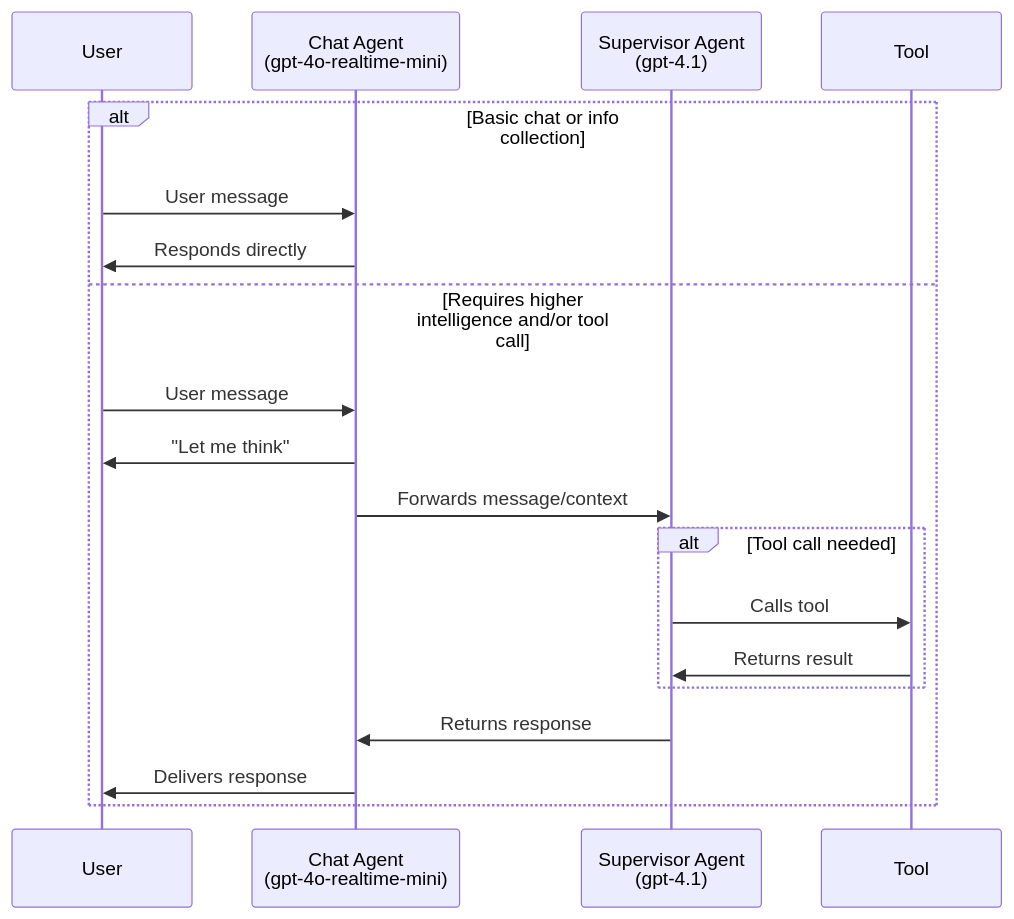
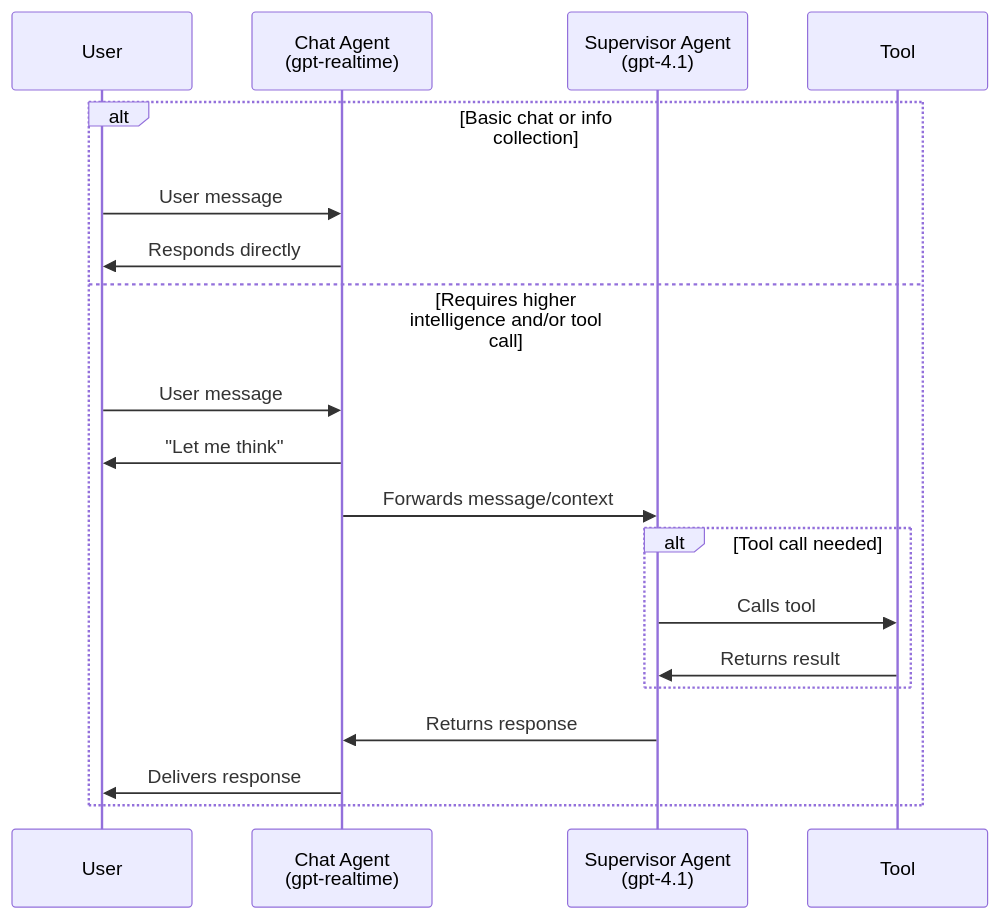
One commit to BranchManager69/dexter-agents changed the first of 2 diagrams in README.md. Above: the diagram before and after it, drawn with Mermaid. The commit also changed other lines of this file and 6 other files, not shown here.

````diff
--- a/README.md
+++ b/README.md
@@ -41,22 +41,22 @@
 ```mermaid
 sequenceDiagram
     participant User
-    participant ChatAgent as Chat Agent<br/>(gpt-4o-realtime-mini)
+    participant ChatAgent as Chat Agent<br/>(gpt-realtime)
     participant Supervisor as Supervisor Agent<br/>(gpt-4.1)
     participant Tool as Tool
 
     alt Basic chat or info collection
         User->>ChatAgent: User message
         ChatAgent->>User: Responds directly
     else Requires higher intelligence and/or tool call
         User->>ChatAgent: User message
         ChatAgent->>User: "Let me think"
         ChatAgent->>Supervisor: Forwards message/context
         alt Tool call needed
             Supervisor->>Tool: Calls tool
             Tool->>Supervisor: Returns result
         end
         Supervisor->>ChatAgent: Returns response
         ChatAgent->>User: Delivers response
     end
 ```
````
